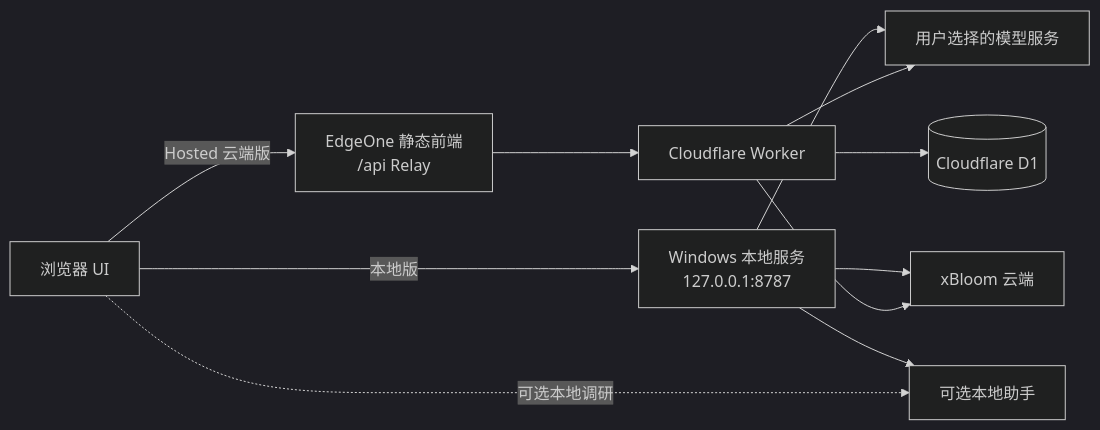
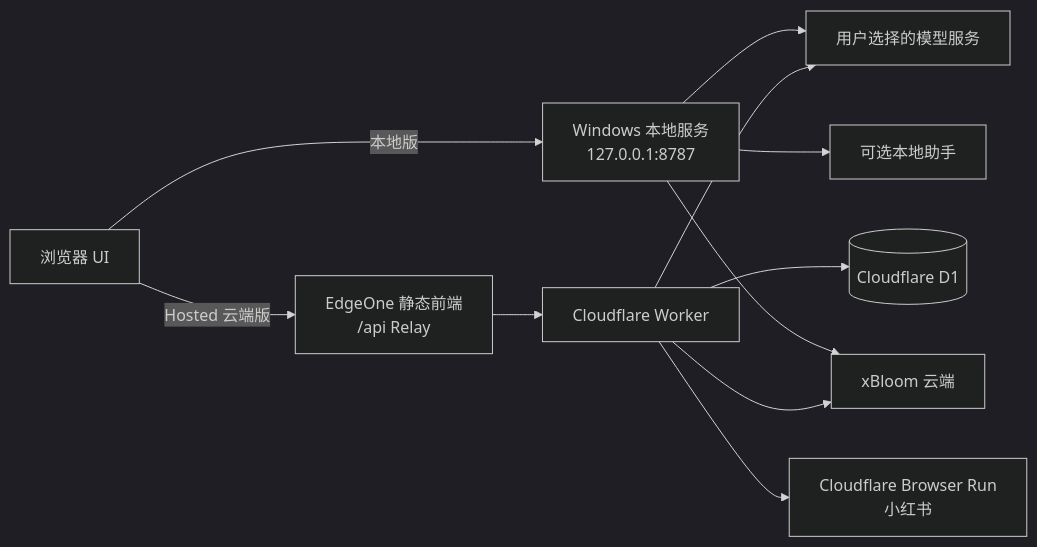
Before and after one commit to CardioBrewLab/xbloom-ai-brew-studio: the first of 4 diagrams in docs/ARCHITECTURE.md, drawn with Mermaid (dark theme). The commit also changed other lines of this file and 27 other files, not shown here.

````diff
--- a/docs/ARCHITECTURE.md
+++ b/docs/ARCHITECTURE.md
@@ -7,21 +7,22 @@
 ```mermaid
 flowchart LR
   Browser[浏览器 UI]
   Local[Windows 本地服务\n127.0.0.1:8787]
   Edge[EdgeOne 静态前端\n/api Relay]
   Worker[Cloudflare Worker]
   D1[(Cloudflare D1)]
   Model[用户选择的模型服务]
   XB[xBloom 云端]
+  XHS[Cloudflare Browser Run\n小红书]
   Companion[可选本地助手]
 
   Browser -->|本地版| Local
   Browser -->|Hosted 云端版| Edge --> Worker
   Worker --> D1
   Worker --> Model
   Worker --> XB
-  Browser -.->|可选本地调研| Companion
+  Worker --> XHS
   Local --> Model
   Local --> XB
   Local --> Companion
 ```
````
